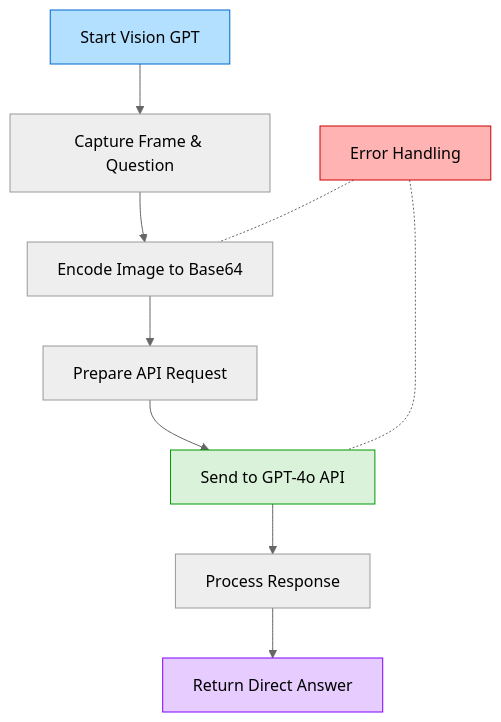
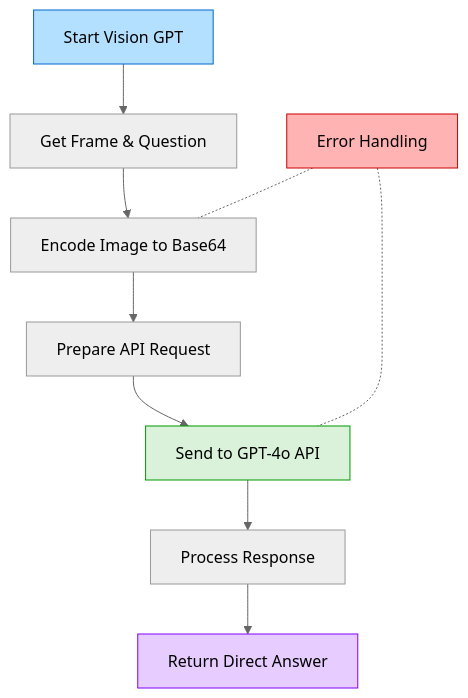
Before and after one commit to SYNOVA-LABS/ADA: the diagram in Vision_GPT/readme.md, drawn with Mermaid (neutral theme). The commit also changed 15 other files, not shown here.

````diff
--- a/Vision_GPT/readme.md
+++ b/Vision_GPT/readme.md
@@ -15,17 +15,17 @@
 ```mermaid
 flowchart TD
-    A[Start Vision GPT] --> B[Capture Frame & Question]
+    A[Start Vision GPT] --> B[Get Frame & Question]
     B --> C[Encode Image to Base64]
     C --> D[Prepare API Request]
     D --> E[Send to GPT-4o API]
     E --> F[Process Response]
     F --> G[Return Direct Answer]
     
     H[Error Handling] -.- C
     H -.- E
     
     style A fill:#b3e0ff,stroke:#0066cc
     style E fill:#d9f2d9,stroke:#009900
     style G fill:#e6ccff,stroke:#8000ff
     style H fill:#ffb3b3,stroke:#cc0000
 ```
````
